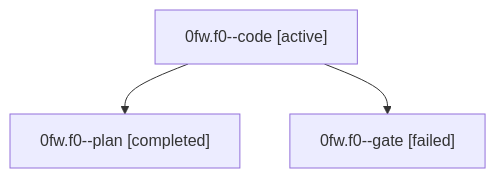
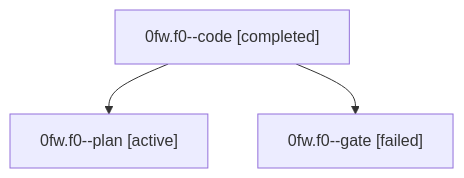
One commit to bobs-org/bob-cli--agents changed the diagram in families/bbugyi200.athena.0fw.f0.md. Above: the diagram before and after it, drawn with Mermaid. The commit also changed other lines of this file and 1279 other files, not shown here.

````diff
--- a/families/bbugyi200.athena.0fw.f0.md
+++ b/families/bbugyi200.athena.0fw.f0.md
@@ -9,8 +9,8 @@
 ```mermaid
 flowchart TD
-  n0["0fw.f0--code [active]"]
-  n1["0fw.f0--plan [completed]"]
+  n0["0fw.f0--code [completed]"]
+  n1["0fw.f0--plan [active]"]
   n0 --> n1
   n2["0fw.f0--gate [failed]"]
   n0 --> n2
 ```
````
